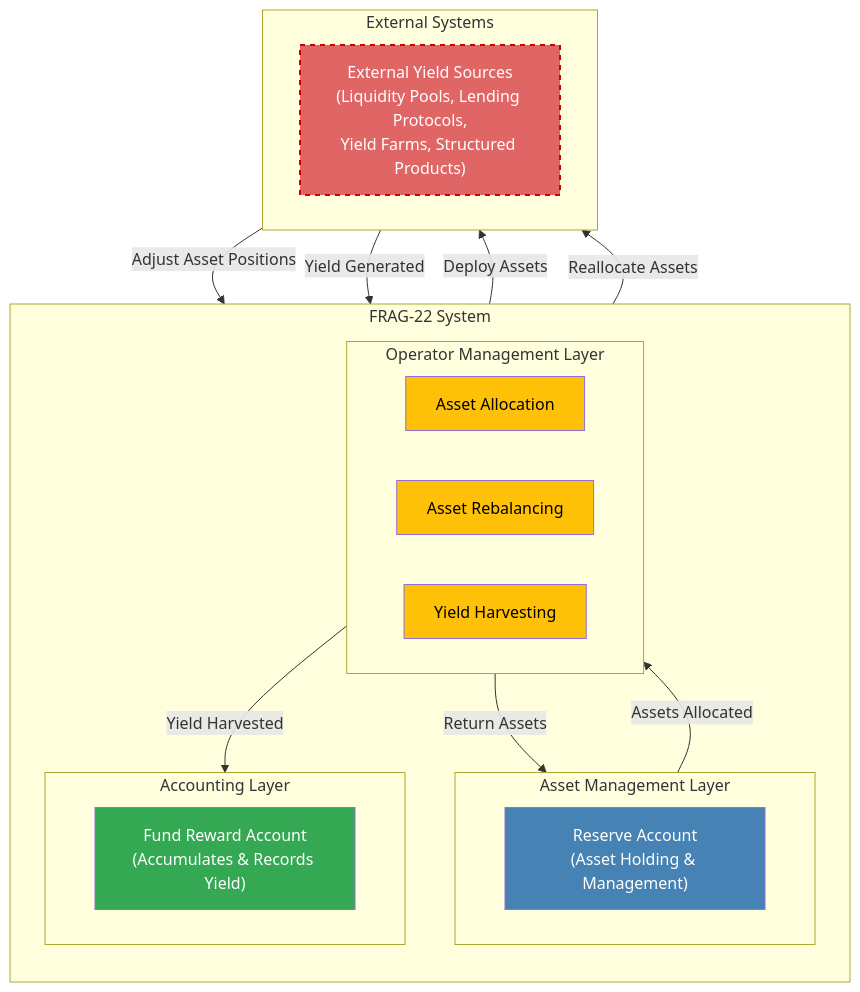
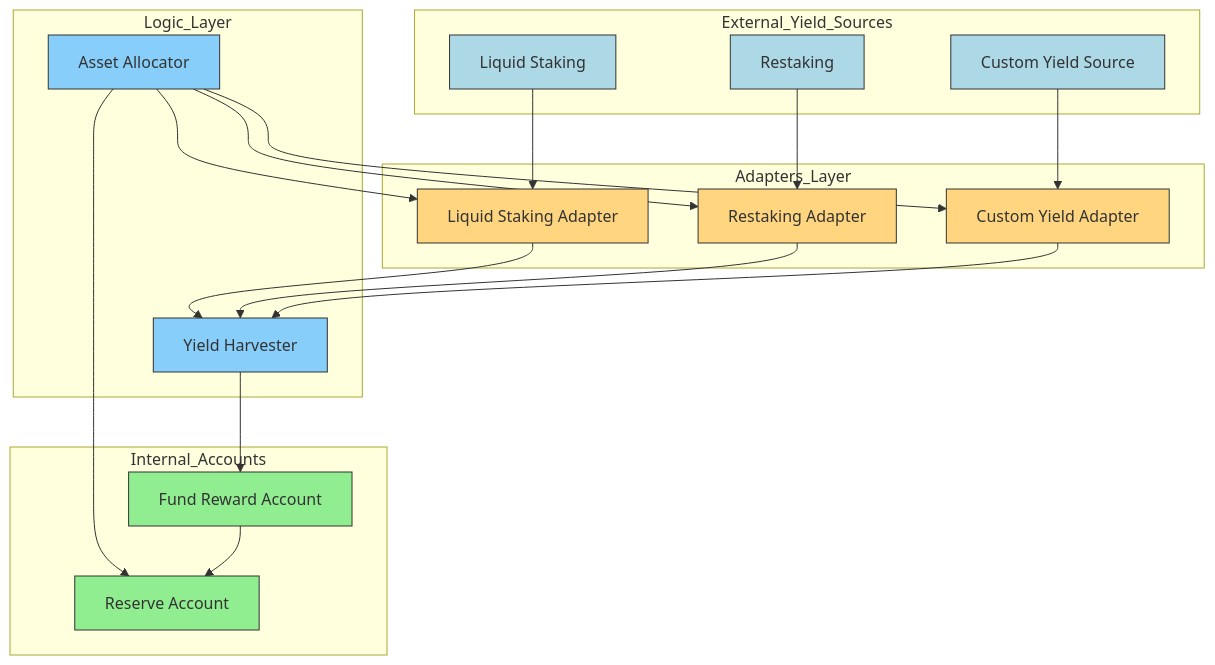
One commit to MarkHuang12/EGG changed the diagram in protocol/module/yield-source/overview.mdx. Above: the diagram before and after it, drawn with Mermaid. The commit also changed other lines of this file and 2 other files, not shown here.

Commit message:
Documentation edits made through Mintlify web editor

````diff
--- a/protocol/module/yield-source/overview.mdx
+++ b/protocol/module/yield-source/overview.mdx
@@ -28,54 +27,59 @@
 ```mermaid
-flowchart TD
+graph TD
 
-%% FRAG-22 Internal System
-subgraph FRAG-22 System
-  direction TB
-
-  %% Asset Management Layer
-  subgraph Asset Management Layer
-    direction LR
-    ReserveAccount["Reserve Account<br>(Asset Holding & Management)"]
-  end
-
-  %% Operator Layer
-  subgraph Operator Management Layer
-    direction LR
-    Allocation["Asset Allocation"]
-    Rebalancing["Asset Rebalancing"]
-    Harvesting["Yield Harvesting"]
-  end
-
-  %% Accounting Layer
-  subgraph Accounting Layer
-    direction LR
-    FundRewardAccount["Fund Reward Account<br>(Accumulates & Records Yield)"]
-  end
-
+%% External Yield Sources
+subgraph External_Yield_Sources
+    LiquidStaking[Liquid Staking]
+    Restaking[Restaking]
+    CustomYieldSource[Custom Yield Source]
 end
 
-%% External Systems Boundary
-subgraph External Systems
-  direction LR
-  ExternalYieldSources["External Yield Sources<br>(Liquidity Pools, Lending Protocols,<br>Yield Farms, Structured Products)"]
+%% Adapters Layer
+subgraph Adapters_Layer
+    LiquidStakingAdapter[Liquid Staking Adapter]
+    RestakingAdapter[Restaking Adapter]
+    CustomAdapter[Custom Yield Adapter]
 end
 
-%% Asset Flow Connections
-ReserveAccount -->|Assets Allocated| Allocation
-Allocation -->|Deploy Assets| ExternalYieldSources
+%% Logic Layer
+subgraph Logic_Layer
+    YieldHarvester[Yield Harvester]
+    AssetAllocator[Asset Allocator]
+end
 
-ExternalYieldSources -->|Adjust Asset Positions| Rebalancing
-Rebalancing -->|Return Assets| ReserveAccount
-Rebalancing -->|Reallocate Assets| ExternalYieldSources
+%% Internal Accounts Layer
+subgraph Internal_Accounts
+    ReserveAccount[Reserve Account]
+    FundRewardAccount[Fund Reward Account]
+end
 
-ExternalYieldSources -->|Yield Generated| Harvesting
-Harvesting -->|Yield Harvested| FundRewardAccount
+%% External Sources to Adapters
+LiquidStaking --> LiquidStakingAdapter
+Restaking --> RestakingAdapter
+CustomYieldSource --> CustomAdapter
 
-%% Styling for clarity
-style ReserveAccount fill:#4682B4,color:#fff
-style Allocation fill:#FFC107,color:#000
-style Rebalancing fill:#FFC107,color:#000
-style Harvesting fill:#FFC107,color:#000
-style FundRewardAccount fill:#34A853,color:#fff
-style ExternalYieldSources fill:#E06666,color:#fff,stroke:#D00000,stroke-width:2px,stroke-dasharray: 5 5
+%% Adapters to Logic Layer
+LiquidStakingAdapter --> YieldHarvester
+RestakingAdapter --> YieldHarvester
+CustomAdapter --> YieldHarvester
+AssetAllocator --> LiquidStakingAdapter
+AssetAllocator --> RestakingAdapter
+AssetAllocator --> CustomAdapter
+
+%% Logic Layer to Internal Accounts
+YieldHarvester --> FundRewardAccount
+AssetAllocator --> ReserveAccount
+
+%% Internal Accounts Interaction
+FundRewardAccount --> ReserveAccount
+
+classDef external fill:#ADD8E6, stroke:#333,stroke-width:1px
+classDef adapter fill:#FFD580, stroke:#333,stroke-width:1px
+classDef logic fill:#87CEFA, stroke:#333,stroke-width:1px
+classDef internal fill:#90EE90, stroke:#333,stroke-width:1px
+
+class LiquidStaking,Restaking,CustomYieldSource external
+class LiquidStakingAdapter,RestakingAdapter,CustomAdapter adapter
+class YieldHarvester,AssetAllocator logic
+class ReserveAccount,FundRewardAccount internal
 ```
````
